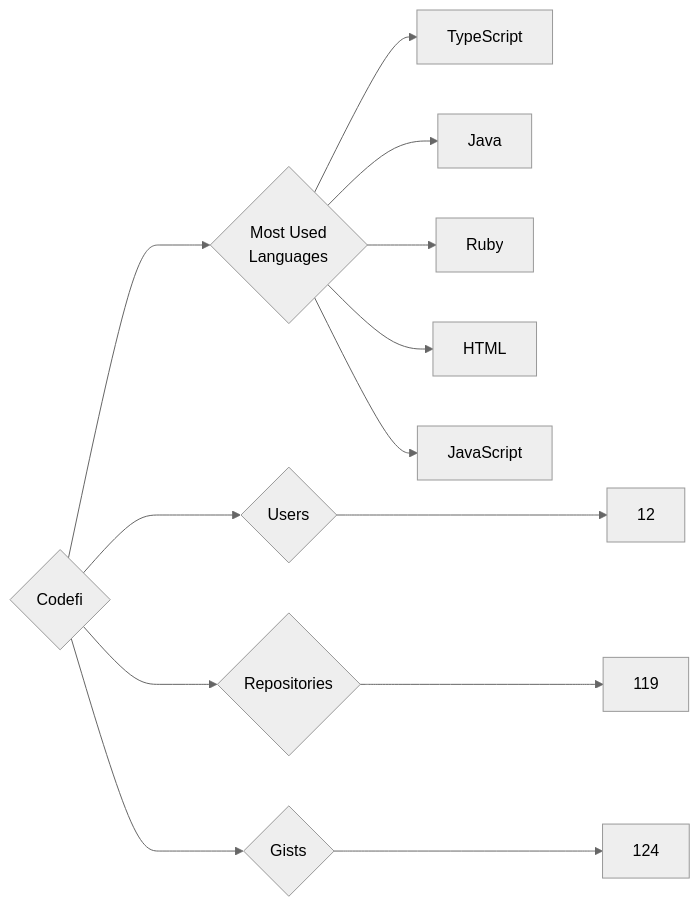
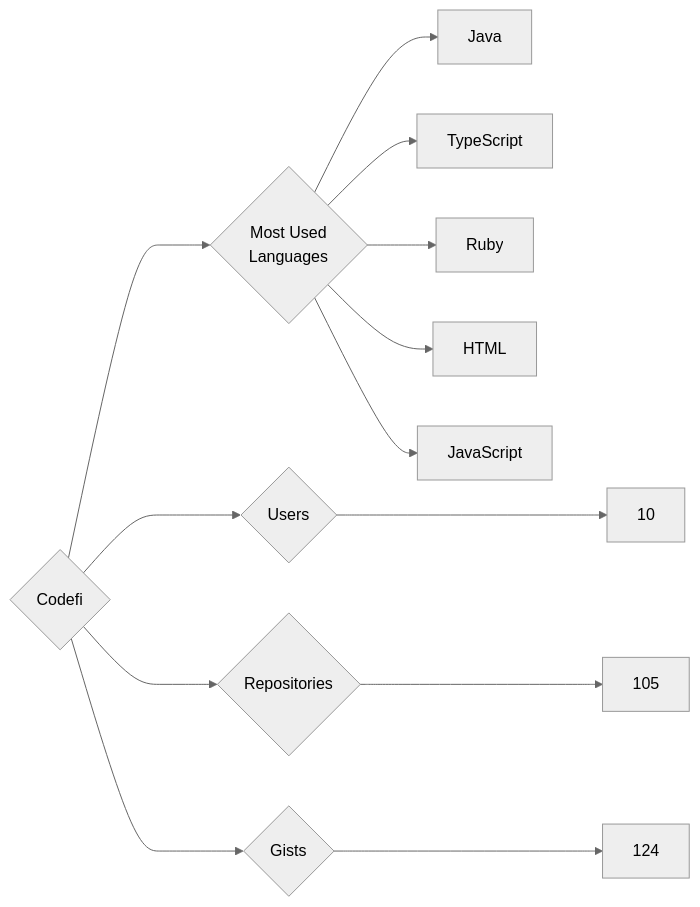
One commit to trickest/insiders changed the diagram in targets/Codefi/README.md. Above: the diagram before and after it, drawn with Mermaid (neutral theme). The commit also changed 1055 other files, not shown here.

````diff
--- a/targets/Codefi/README.md
+++ b/targets/Codefi/README.md
@@ -3,13 +3,13 @@
 ```mermaid
 graph LR
 COMPANY_NAME{Codefi}
-COMPANY_NAME ---> U{Users} ---> UN[12]
-COMPANY_NAME ---> R{Repositories} ---> RN[119]
+COMPANY_NAME ---> U{Users} ---> UN[10]
+COMPANY_NAME ---> R{Repositories} ---> RN[105]
 COMPANY_NAME ---> G{Gists} ---> GN[124]
 COMPANY_NAME ---> ML{Most Used<br>Languages}
+ML --> Java[Java]
 ML --> TypeScript[TypeScript]
-ML --> Java[Java]
 ML --> Ruby[Ruby]
 ML --> HTML[HTML]
 ML --> JavaScript[JavaScript]
 ```
````
